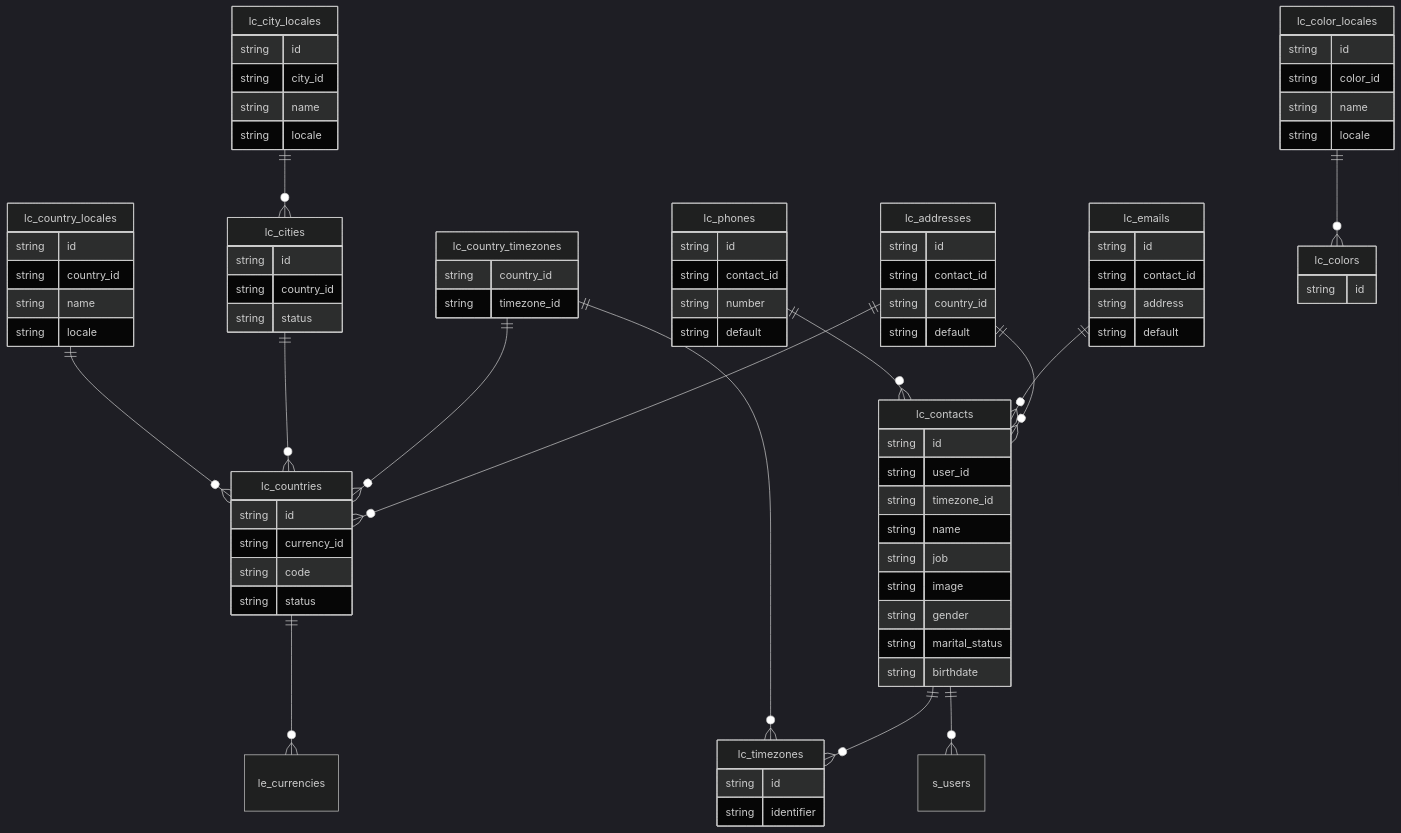
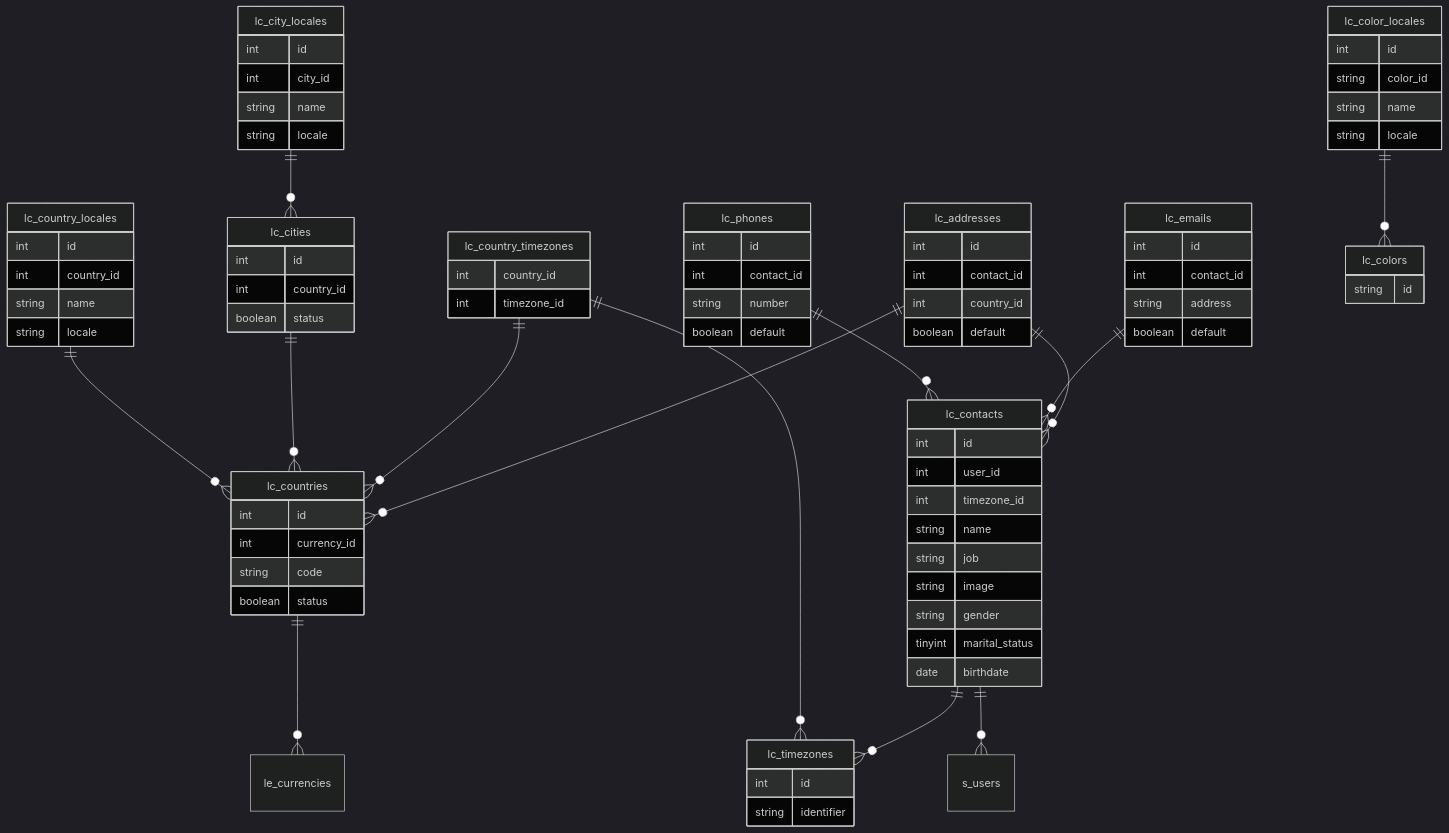
Before and after one commit to grey-dev-0/oaters: the diagram in docs/database/common-diagram.md, drawn with Mermaid (dark theme). The commit also changed other lines of this file and 11 other files, not shown here.

````diff
--- a/docs/database/common-diagram.md
+++ b/docs/database/common-diagram.md
@@ -3,70 +3,70 @@
 ```mermaid
 erDiagram
     lc_countries {
-        string id
-        string currency_id
+        int id
+        int currency_id
         string code
-        string status
+        boolean status
     }
     lc_country_locales {
-        string id
-        string country_id
+        int id
+        int country_id
         string name
         string locale
     }
     lc_cities {
-        string id
-        string country_id
-        string status
+        int id
+        int country_id
+        boolean status
     }
     lc_city_locales {
-        string id
-        string city_id
+        int id
+        int city_id
         string name
         string locale
     }
     lc_timezones {
-        string id
+        int id
         string identifier
     }
     lc_country_timezones {
-        string country_id
-        string timezone_id
+        int country_id
+        int timezone_id
     }
     lc_contacts {
-        string id
-        string user_id
-        string timezone_id
+        int id
+        int user_id
+        int timezone_id
         string name
         string job
         string image
         string gender
-        string marital_status
-        string birthdate
+        tinyint marital_status
+        date birthdate
     }
     lc_phones {
-        string id
-        string contact_id
+        int id
+        int contact_id
         string number
-        string default
+        boolean default
     }
     lc_emails {
-        string id
-        string contact_id
+        int id
+        int contact_id
         string address
-        string default
+        boolean default
     }
     lc_addresses {
-        string id
-        string contact_id
-        string country_id
-        string default
+        int id
+        int contact_id
+        int country_id
+        boolean default
     }
     lc_colors {
         string id
     }
     lc_color_locales {
-        string id
+        int id
         string color_id
         string name
         string locale
````
